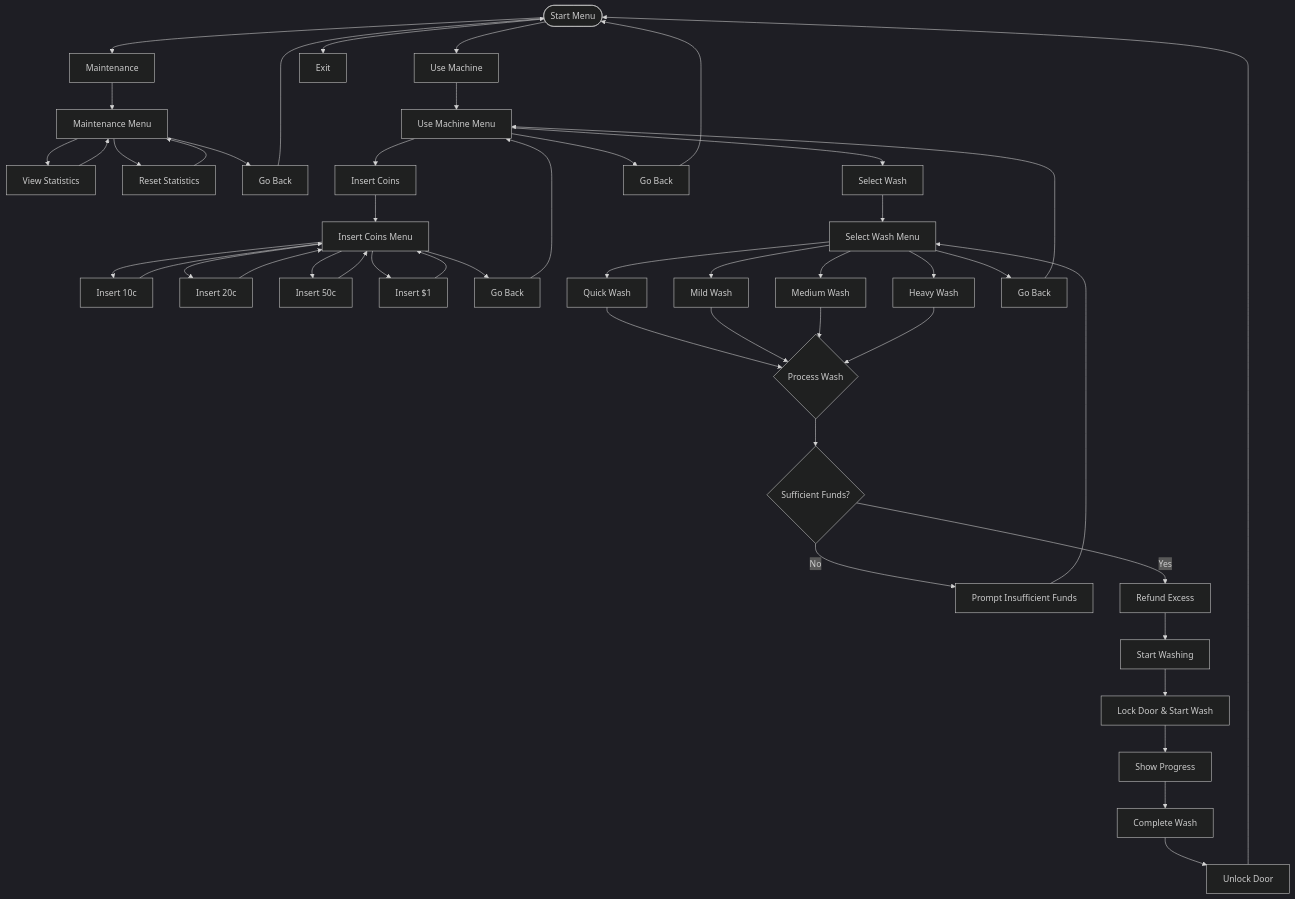
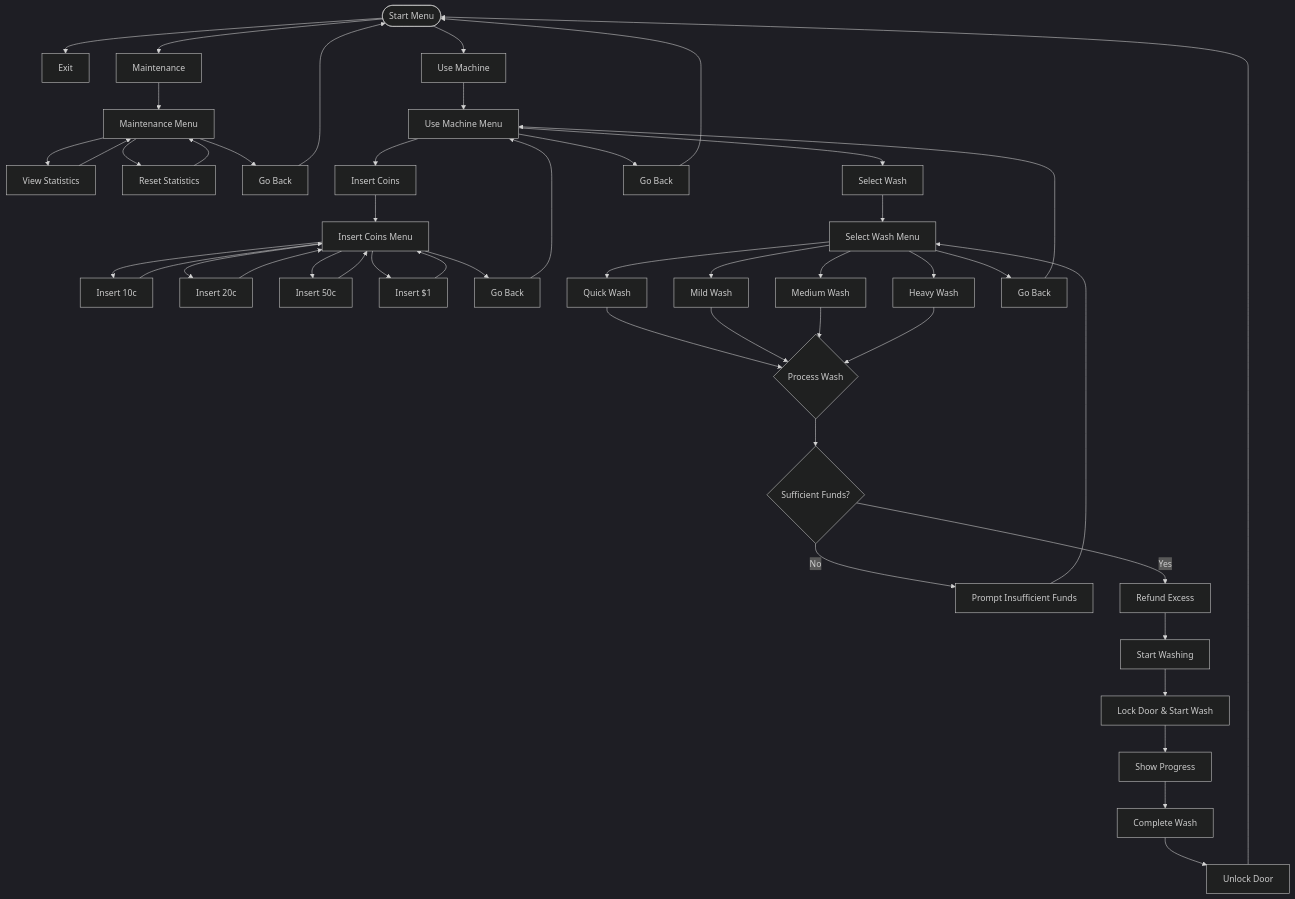
The diagram in flowchart.md (roycehoe/imda-tech-test), drawn with Mermaid (dark theme) before and after one commit.

Commit message:
chore: neaten flow chart

````diff
--- a/flowchart.md
+++ b/flowchart.md
@@ -1,61 +1,62 @@
 ```Mermaid
 flowchart TD
+    start --> exit[Exit]
     start([Start Menu]) --> use[Use Machine]
     start --> maint[Maintenance]
-    start --> exit[Exit]
 
     maint --> maintMenu[Maintenance Menu]
     maintMenu --> viewStats[View Statistics]
     maintMenu --> resetStats[Reset Statistics]
     maintMenu --> goBackMaint[Go Back]
     goBackMaint --> start
 
     use --> useMenu[Use Machine Menu]
     useMenu --> insert[Insert Coins]
     useMenu --> selectWash[Select Wash]
     useMenu --> goBackUse[Go Back]
     goBackUse --> start
 
     insert --> insertMenu[Insert Coins Menu]
     insertMenu --> ins10[Insert 10c]
     insertMenu --> ins20[Insert 20c]
     insertMenu --> ins50[Insert 50c]
     insertMenu --> ins1[Insert $1]
     insertMenu --> goBackIns[Go Back]
     goBackIns --> useMenu
 
     ins10 --> insertMenu
     ins20 --> insertMenu
     ins50 --> insertMenu
     ins1 --> insertMenu
 
     selectWash --> washMenu[Select Wash Menu]
     washMenu --> quickWash[Quick Wash]
     washMenu --> mildWash[Mild Wash]
     washMenu --> mediumWash[Medium Wash]
     washMenu --> heavyWash[Heavy Wash]
     washMenu --> goBackWash[Go Back]
     goBackWash --> useMenu
 
     quickWash --> process{Process Wash}
     mildWash --> process
     mediumWash --> process
     heavyWash --> process
 
     process --> sufficient{Sufficient Funds?}
     sufficient --> |No| prompt[Prompt Insufficient Funds]
     sufficient --> |Yes| refund[Refund Excess]
     prompt --> washMenu
     refund --> startWash[Start Washing]
 
     startWash --> lock[Lock Door & Start Wash]
     lock --> progress[Show Progress]
     progress --> completion[Complete Wash]
     completion --> unlock[Unlock Door]
     unlock --> start
 
 
 
     viewStats --> maintMenu
     resetStats --> maintMenu
+
 ```
````
